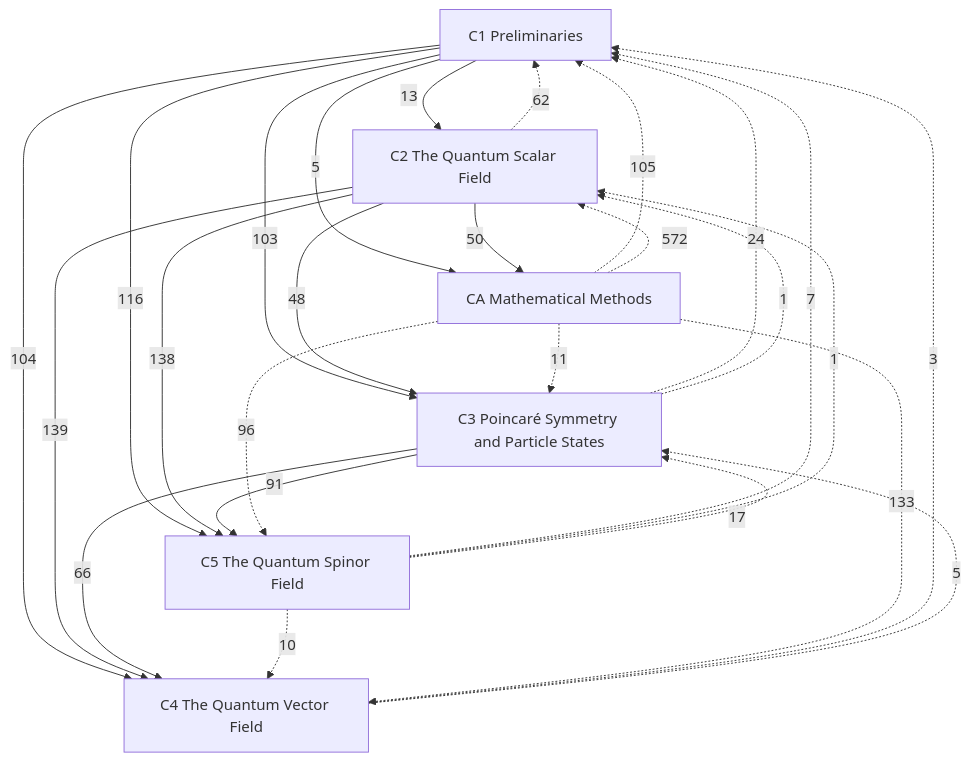
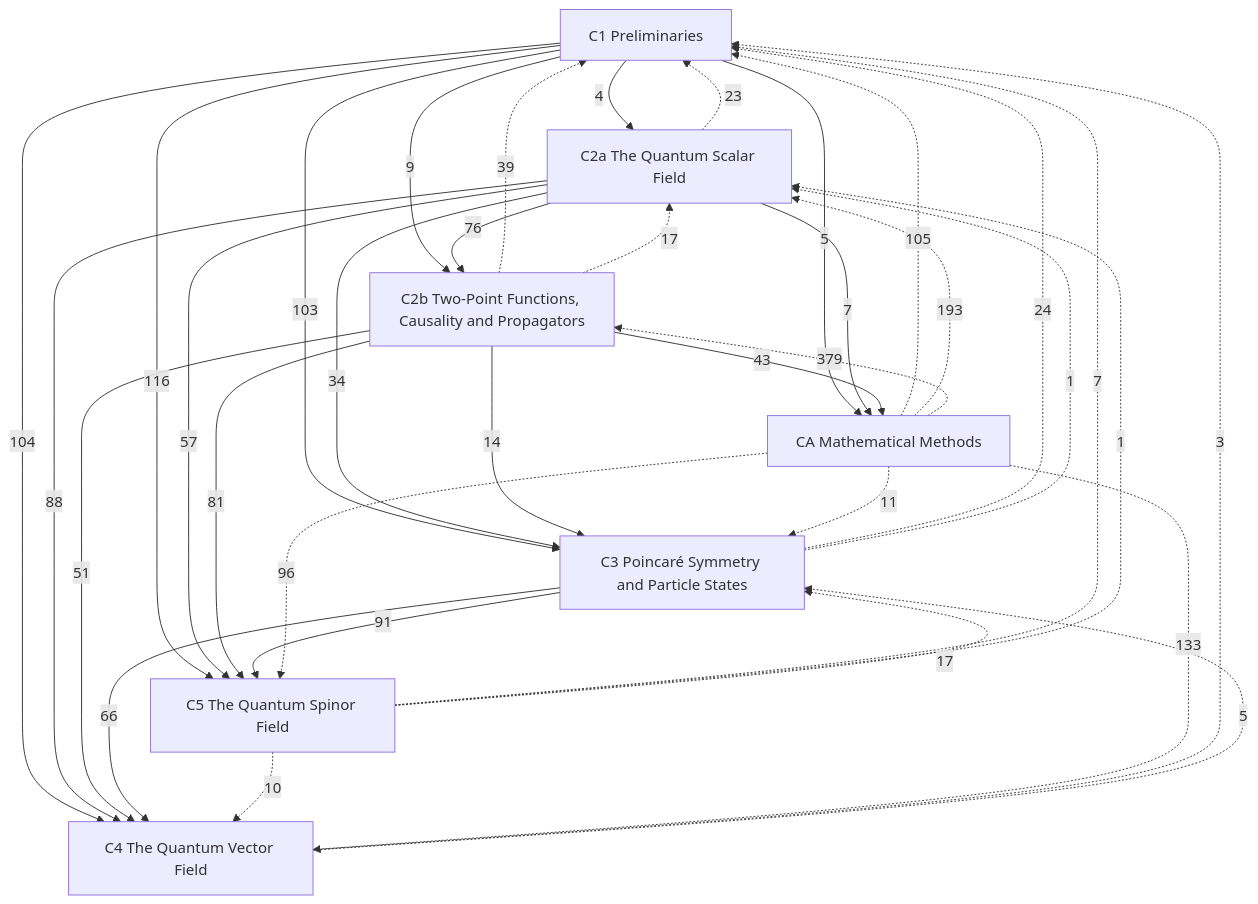
Before and after one commit to Onion20040508/notes: the diagram in Physics/Quantum Field Theory/Quantum Field Theory.md, drawn with Mermaid. The commit also changed other lines of this file and 99 other files, not shown here.

````diff
--- a/Physics/Quantum Field Theory/Quantum Field Theory.md
+++ b/Physics/Quantum Field Theory/Quantum Field Theory.md
@@ -25,34 +26,44 @@
 ```mermaid
 graph TD
   C1["C1 Preliminaries"]
-  C2["C2 The Quantum Scalar Field"]
+  C2a["C2a The Quantum Scalar Field"]
+  C2b["C2b Two-Point Functions, Causality and Propagators"]
   C3["C3 Poincaré Symmetry and Particle States"]
   C4["C4 The Quantum Vector Field"]
   C5["C5 The Quantum Spinor Field"]
   CA["CA Mathematical Methods"]
-  C1 -->|13| C2
+  C1 -->|4| C2a
+  C1 -->|9| C2b
+  C2a -->|76| C2b
   C1 -->|103| C3
-  C2 -->|48| C3
+  C2a -->|34| C3
+  C2b -->|14| C3
   C1 -->|104| C4
-  C2 -->|139| C4
+  C2a -->|88| C4
+  C2b -->|51| C4
   C3 -->|66| C4
   C1 -->|116| C5
-  C2 -->|138| C5
+  C2a -->|57| C5
+  C2b -->|81| C5
   C3 -->|91| C5
   C1 -->|5| CA
-  C2 -->|50| CA
-  C2 -.->|62| C1
+  C2a -->|7| CA
+  C2b -->|43| CA
+  C2a -.->|23| C1
+  C2b -.->|39| C1
   C3 -.->|24| C1
   C4 -.->|3| C1
   C5 -.->|7| C1
   CA -.->|105| C1
-  C3 -.->|1| C2
-  C5 -.->|1| C2
-  CA -.->|572| C2
+  C2b -.->|17| C2a
+  C3 -.->|1| C2a
+  C5 -.->|1| C2a
+  CA -.->|193| C2a
+  CA -.->|379| C2b
   C4 -.->|5| C3
   C5 -.->|17| C3
   CA -.->|11| C3
   C5 -.->|10| C4
   CA -.->|133| C4
   CA -.->|96| C5
 ```
````
